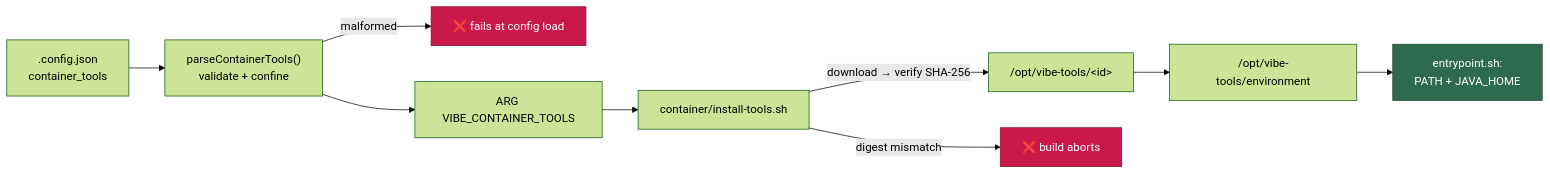
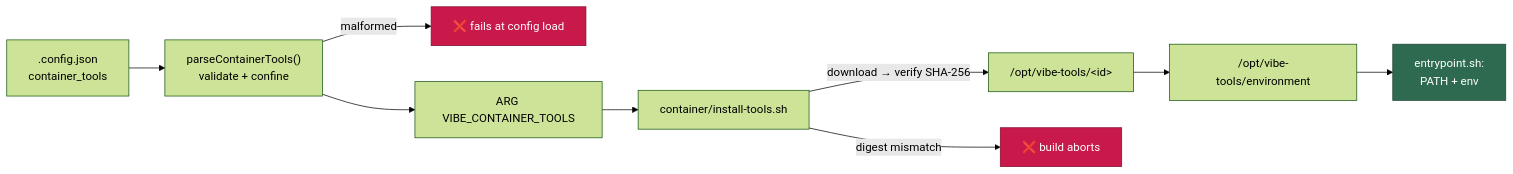
Diagram 17 of 17 in docs/CONTAINER.md (stSoftwareAU/VibeCoder), drawn with Mermaid (forest theme) before and after one commit. The commit also changed other lines of this file and 11 other files, not shown here.

````diff
--- a/docs/CONTAINER.md
+++ b/docs/CONTAINER.md
@@ -1417,14 +1416,14 @@
 ```mermaid
 flowchart LR
     C[".config.json<br/>container_tools"] --> V["parseContainerTools()<br/>validate + confine"]
     V -->|malformed| X["❌ fails at config load"]
     V --> A["ARG VIBE_CONTAINER_TOOLS"]
     A --> I["container/install-tools.sh"]
     I -->|download → verify SHA-256| P["/opt/vibe-tools/&lt;id&gt;"]
     I -->|digest mismatch| X2["❌ build aborts"]
     P --> E["/opt/vibe-tools/environment"]
-    E --> R["entrypoint.sh:<br/>PATH + JAVA_HOME"]
+    E --> R["entrypoint.sh:<br/>PATH + env"]
     style X fill:#c9184a,stroke:#800f2f,color:#fff
     style X2 fill:#c9184a,stroke:#800f2f,color:#fff
     style R fill:#2d6a4f,stroke:#1b4332,color:#fff
 ```
````
